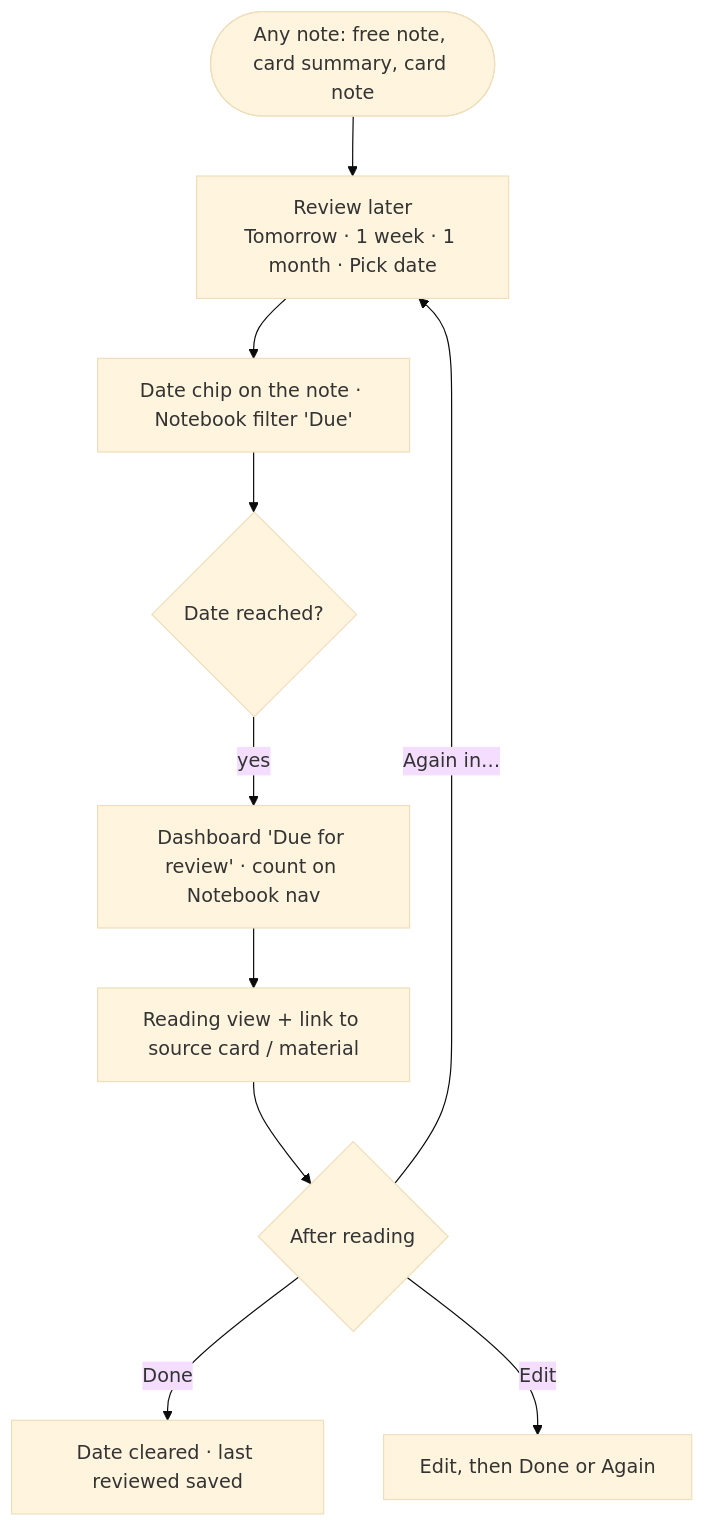
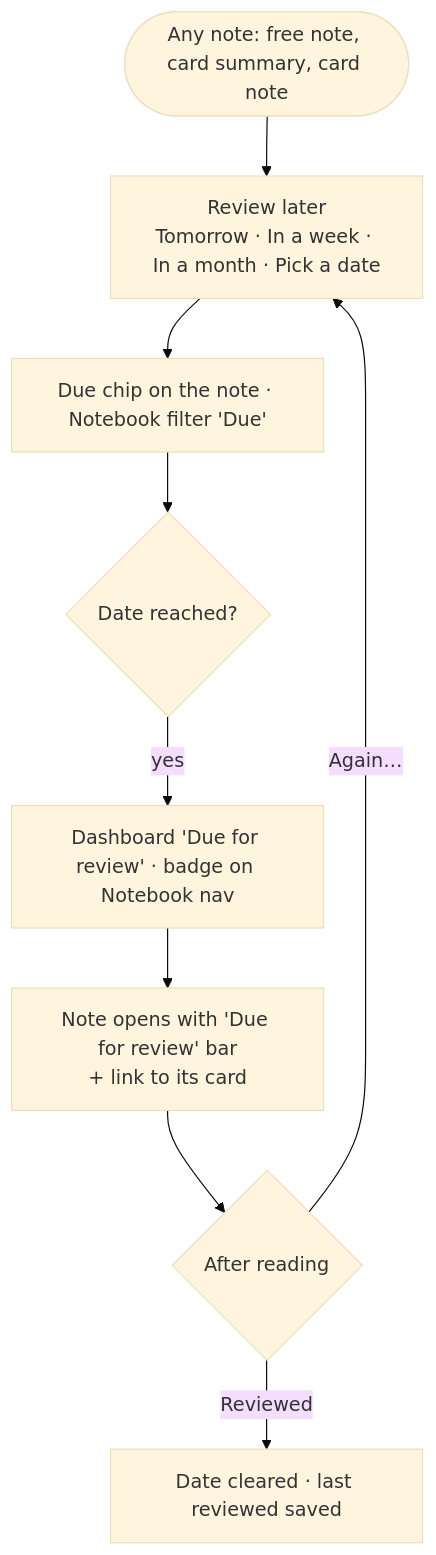
One commit to amojahedi/growloop changed the eighth of 9 diagrams in docs/design/ux-flows.md. Above: the diagram before and after it, drawn with Mermaid (base theme). The commit also changed other lines of this file and 20 other files, not shown here.

````diff
--- a/docs/design/ux-flows.md
+++ b/docs/design/ux-flows.md
@@ -315,12 +258,11 @@
 ```mermaid
 flowchart TD
-  a(["Any note: free note, card summary, card note"]) --> set["Review later<br/>Tomorrow · 1 week · 1 month · Pick date"]
-  set --> wait["Date chip on the note · Notebook filter 'Due'"]
+  a(["Any note: free note, card summary, card note"]) --> set["Review later<br/>Tomorrow · In a week · In a month · Pick a date"]
+  set --> wait["Due chip on the note · Notebook filter 'Due'"]
   wait --> due{"Date reached?"}
-  due -->|"yes"| dash["Dashboard 'Due for review' · count on Notebook nav"]
-  dash --> open["Reading view + link to source card / material"]
+  due -->|"yes"| dash["Dashboard 'Due for review' · badge on Notebook nav"]
+  dash --> open["Note opens with 'Due for review' bar<br/>+ link to its card"]
   open --> act{"After reading"}
-  act -->|"Done"| clr["Date cleared · last reviewed saved"]
-  act -->|"Again in…"| set
-  act -->|"Edit"| ed["Edit, then Done or Again"]
+  act -->|"Reviewed"| clr["Date cleared · last reviewed saved"]
+  act -->|"Again…"| set
 ```
````
